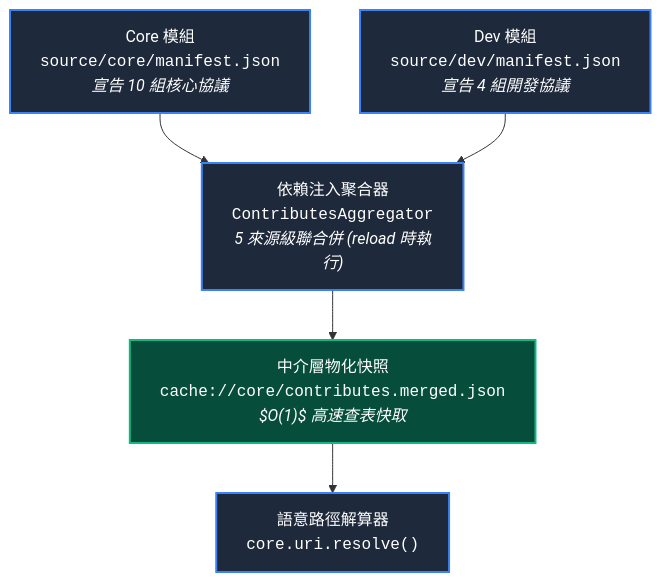
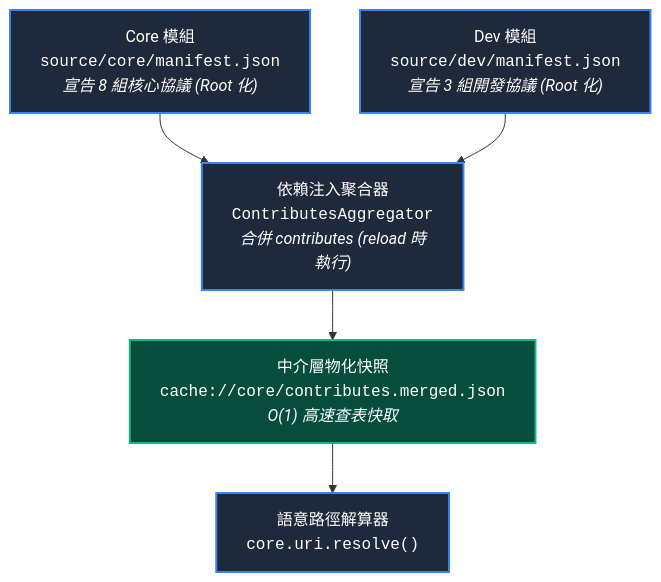
The diagram in docs/core/uri_protocols.md (ysnaive/ys-codebase), drawn with Mermaid before and after one commit. The commit also changed other lines of this file and 59 other files, not shown here.

````diff
--- a/docs/core/uri_protocols.md
+++ b/docs/core/uri_protocols.md
@@ -9,19 +11,19 @@
 ```mermaid
 graph TD
     classDef comp fill:#1e293b,stroke:#3b82f6,stroke-width:2px,color:#fff;
     classDef cache fill:#064e3b,stroke:#10b981,stroke-width:2px,color:#fff;
 
-    M1["Core 模組<br/><code>source/core/manifest.json</code><br/><i>宣告 10 組核心協議</i>"]:::comp
-    M2["Dev 模組<br/><code>source/dev/manifest.json</code><br/><i>宣告 4 組開發協議</i>"]:::comp
+    M1["Core 模組<br/><code>source/core/manifest.json</code><br/><i>宣告 8 組核心協議 (Root 化)</i>"]:::comp
+    M2["Dev 模組<br/><code>source/dev/manifest.json</code><br/><i>宣告 3 組開發協議 (Root 化)</i>"]:::comp
     
-    Aggregator["依賴注入聚合器<br/><code>ContributesAggregator</code><br/><i>5 來源級聯合併 (reload 時執行)</i>"]:::comp
+    Aggregator["依賴注入聚合器<br/><code>ContributesAggregator</code><br/><i>合併 contributes (reload 時執行)</i>"]:::comp
     
-    CacheFile["中介層物化快照<br/><code>cache://core/contributes.merged.json</code><br/><i>$O(1)$ 高速查表快取</i>"]:::cache
+    CacheFile["中介層物化快照<br/><code>cache://core/contributes.merged.json</code><br/><i>O(1) 高速查表快取</i>"]:::cache
     
     Resolver["語意路徑解算器<br/><code>core.uri.resolve()</code>"]:::comp
 
     M1 --> Aggregator
     M2 --> Aggregator
     Aggregator --> CacheFile
     CacheFile --> Resolver
 ```
````
